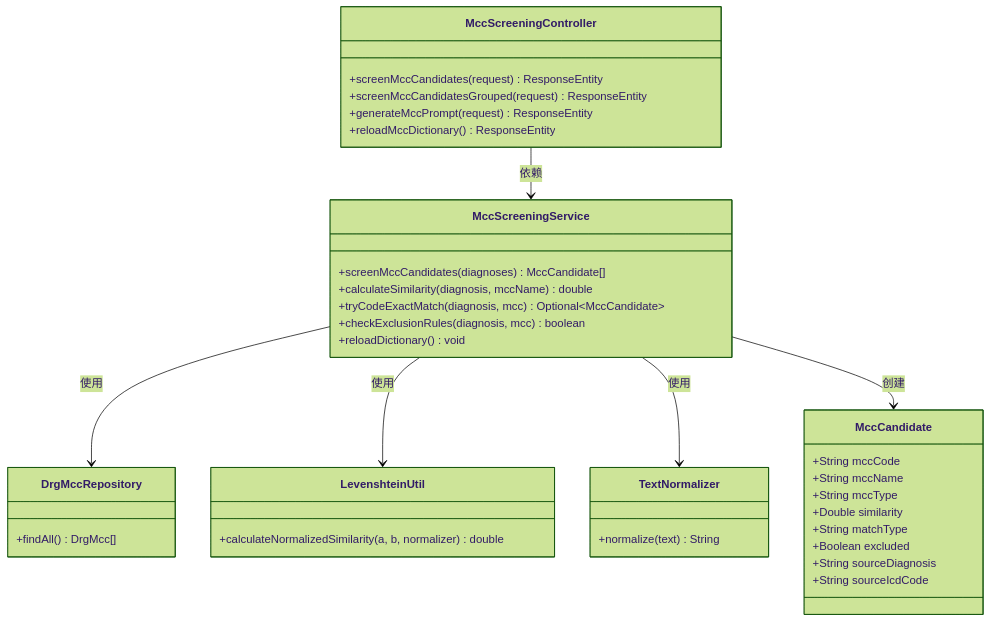
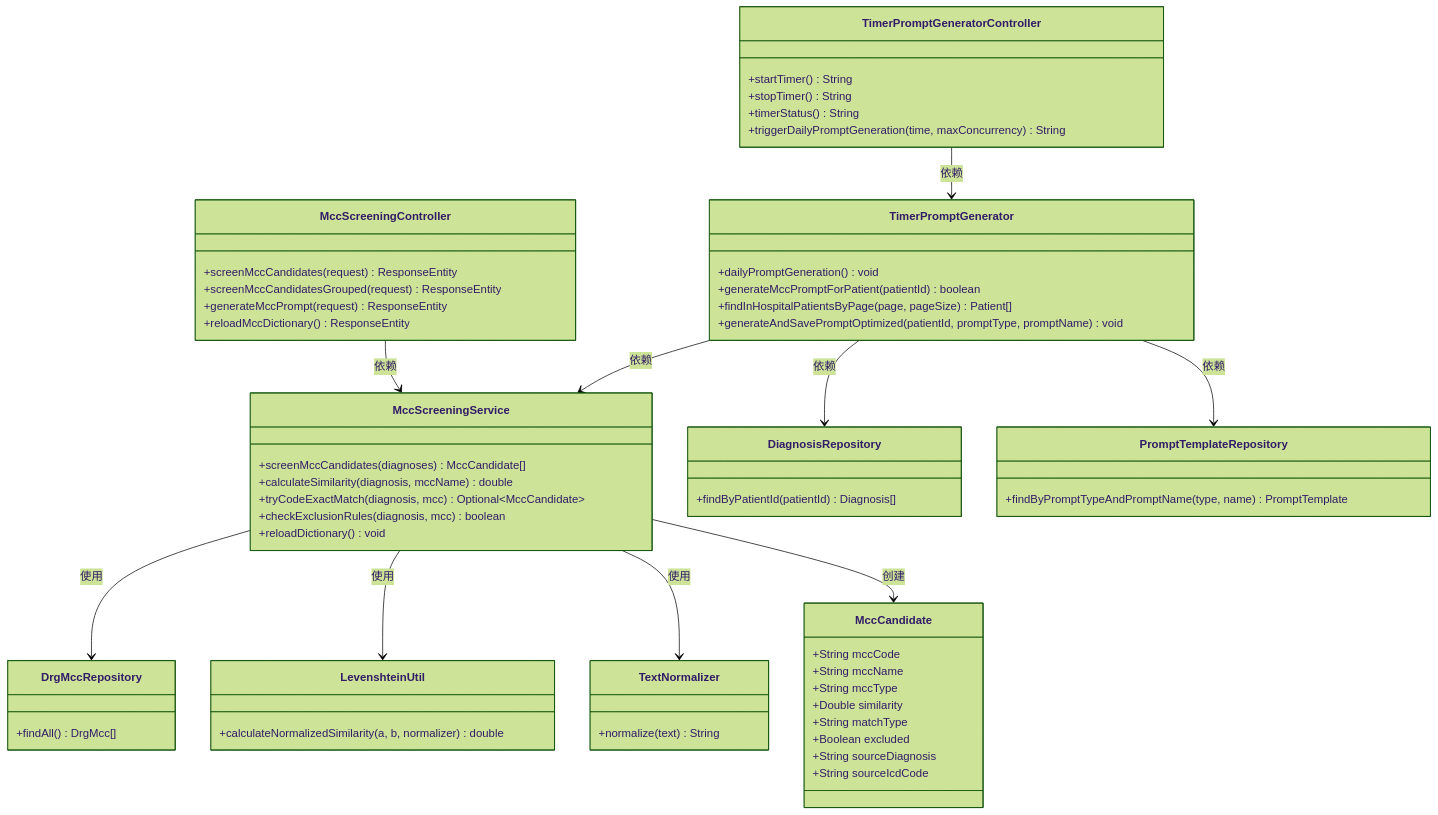
One commit to liuzh2008/med_ai_assistant_workspace changed the seventh of 7 diagrams in .qoder/repowiki/zh/content/核心功能模块/MCC分析系统.md. Above: the diagram before and after it, drawn with Mermaid (forest theme). The commit also changed other lines of this file and 5 other files, not shown here.

````diff
--- a/.qoder/repowiki/zh/content/核心功能模块/MCC分析系统.md
+++ b/.qoder/repowiki/zh/content/核心功能模块/MCC分析系统.md
@@ -211,40 +365,62 @@
 ```mermaid
 classDiagram
 class MccScreeningController {
 +screenMccCandidates(request) ResponseEntity
 +screenMccCandidatesGrouped(request) ResponseEntity
 +generateMccPrompt(request) ResponseEntity
 +reloadMccDictionary() ResponseEntity
 }
+class TimerPromptGeneratorController {
++startTimer() String
++stopTimer() String
++timerStatus() String
++triggerDailyPromptGeneration(time, maxConcurrency) String
+}
 class MccScreeningService {
 +screenMccCandidates(diagnoses) MccCandidate[]
 +calculateSimilarity(diagnosis, mccName) double
 +tryCodeExactMatch(diagnosis, mcc) Optional~MccCandidate~
 +checkExclusionRules(diagnosis, mcc) boolean
 +reloadDictionary() void
+}
+class TimerPromptGenerator {
++dailyPromptGeneration() void
++generateMccPromptForPatient(patientId) boolean
++findInHospitalPatientsByPage(page, pageSize) Patient[]
++generateAndSavePromptOptimized(patientId, promptType, promptName) void
 }
 class MccCandidate {
 +String mccCode
 +String mccName
 +String mccType
 +Double similarity
 +String matchType
 +Boolean excluded
 +String sourceDiagnosis
 +String sourceIcdCode
 }
 class DrgMccRepository {
 +findAll() DrgMcc[]
 }
+class DiagnosisRepository {
++findByPatientId(patientId) Diagnosis[]
+}
+class PromptTemplateRepository {
++findByPromptTypeAndPromptName(type, name) PromptTemplate
+}
 class LevenshteinUtil {
 +calculateNormalizedSimilarity(a, b, normalizer) double
 }
 class TextNormalizer {
 +normalize(text) String
 }
 MccScreeningController --> MccScreeningService : 依赖
+TimerPromptGeneratorController --> TimerPromptGenerator : 依赖
+TimerPromptGenerator --> MccScreeningService : 依赖
+TimerPromptGenerator --> DiagnosisRepository : 依赖
+TimerPromptGenerator --> PromptTemplateRepository : 依赖
 MccScreeningService --> DrgMccRepository : 使用
 MccScreeningService --> LevenshteinUtil : 使用
 MccScreeningService --> TextNormalizer : 使用
 MccScreeningService --> MccCandidate : 创建
 ```
````
